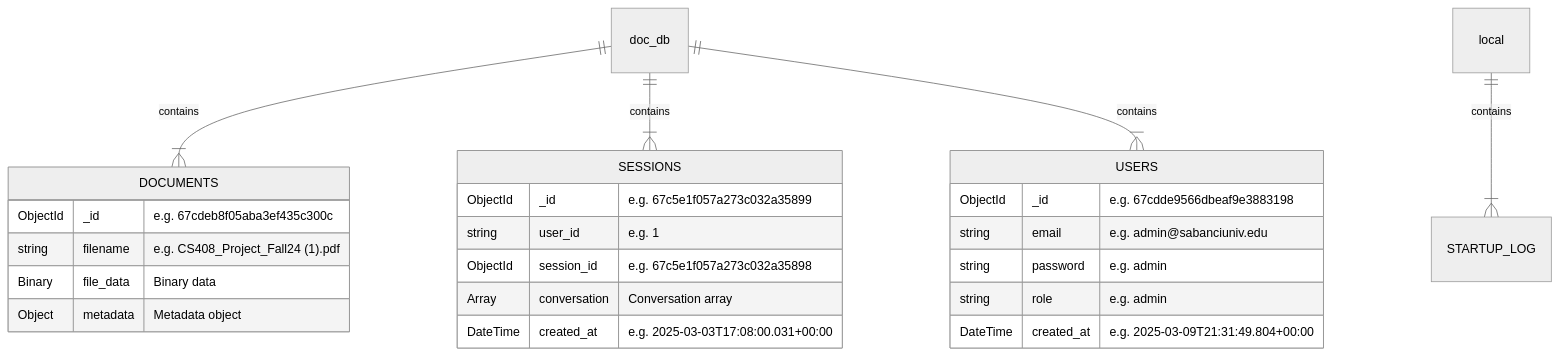
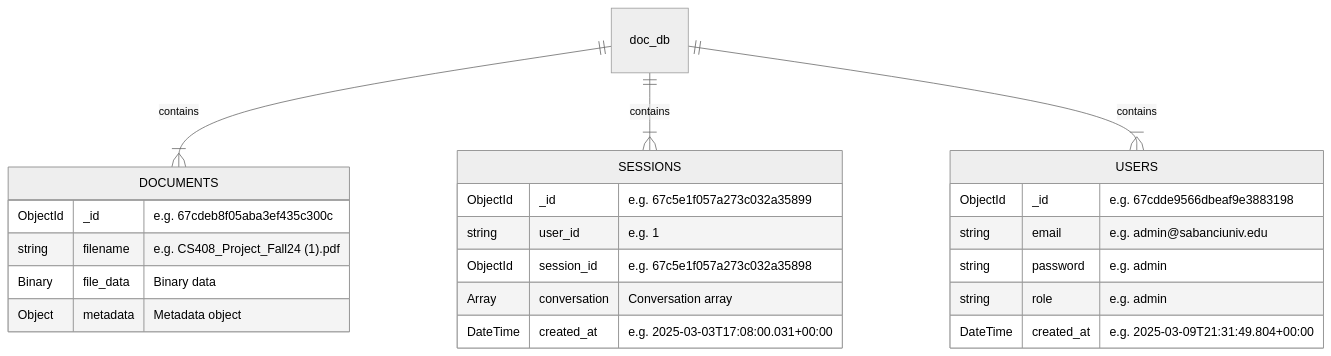
The diagram in documentation/database.md (idilkara/ENS492-RAGDocumentManager), drawn with Mermaid (neutral theme) before and after one commit.

````diff
--- a/documentation/database.md
+++ b/documentation/database.md
@@ -9,32 +9,31 @@
 ```mermaid
 erDiagram
 
     doc_db ||--|{ DOCUMENTS : contains
     doc_db ||--|{ SESSIONS : contains
     doc_db ||--|{ USERS : contains
-    local ||--|{ STARTUP_LOG : contains
 
     DOCUMENTS {
         ObjectId _id "e.g. 67cdeb8f05aba3ef435c300c"
         string filename "e.g. CS408_Project_Fall24 (1).pdf"
         Binary file_data "Binary data"
         Object metadata "Metadata object"
     }
 
     SESSIONS {
         ObjectId _id "e.g. 67c5e1f057a273c032a35899"
         string user_id "e.g. 1"
         ObjectId session_id "e.g. 67c5e1f057a273c032a35898"
         Array conversation "Conversation array"
         DateTime created_at "e.g. 2025-03-03T17:08:00.031+00:00"
     }
 
     USERS {
         ObjectId _id "e.g. 67cdde9566dbeaf9e3883198"
         string email "e.g. admin@sabanciuniv.edu"
         string password "e.g. admin"
         string role "e.g. admin"
         DateTime created_at "e.g. 2025-03-09T21:31:49.804+00:00"
     }
 
 ```
````
